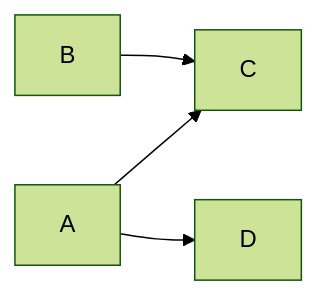
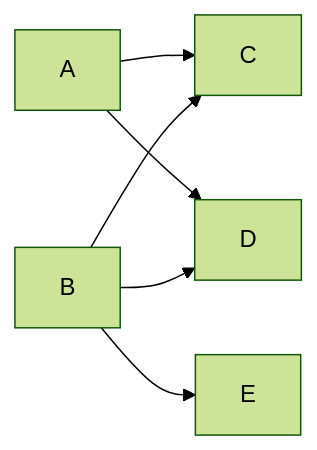
Before and after one commit to GeertBosch/mdcat: the fifth of 8 diagrams in tests/mermaid-routing.md, drawn with Mermaid (forest theme). The commit also changed other lines of this file and 10 other files, not shown here.

Commit message:
Reduce Mermaid crossings, refine placement, and tighten ranks

````diff
--- a/tests/mermaid-routing.md
+++ b/tests/mermaid-routing.md
@@ -74,6 +77,8 @@
 ```mermaid
 graph LR
     A --> C
     A --> D
     B --> C
+    B --> D
+    B --> E
 ```
````
